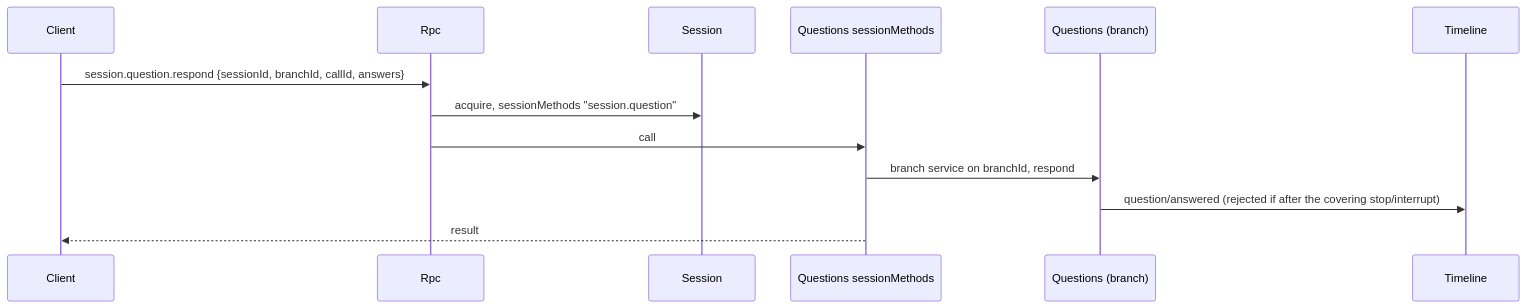
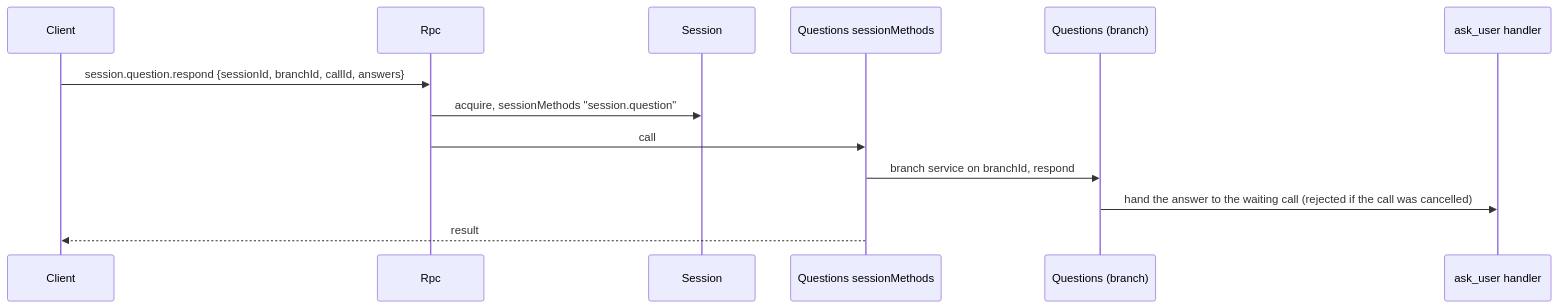
The sixth of 8 diagrams in docs/design/overview.md (CoutinhoTTS/dim-agent), drawn with Mermaid before and after one commit. The commit also changed other lines of this file and 13 other files, not shown here.

First line of the commit message:
docs(questions): redesign ask_user so the answer is the tool result

````diff
--- a/docs/design/overview.md
+++ b/docs/design/overview.md
@@ -254,15 +254,15 @@
 ```mermaid
 sequenceDiagram
   participant CL as Client
   participant Rpc as Rpc
   participant S as Session
   participant QS as Questions sessionMethods
   participant QB as Questions (branch)
-  participant TL as Timeline
+  participant H as ask_user handler
   CL->>Rpc: session.question.respond {sessionId, branchId, callId, answers}
   Rpc->>S: acquire, sessionMethods "session.question"
   Rpc->>QS: call
   QS->>QB: branch service on branchId, respond
-  QB->>TL: question/answered (rejected if after the covering stop/interrupt)
+  QB->>H: hand the answer to the waiting call (rejected if the call was cancelled)
   QS-->>CL: result
 ```
````
